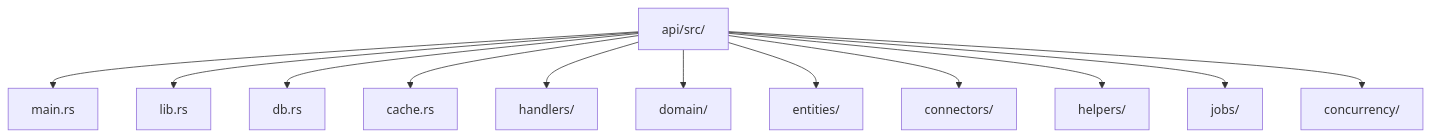
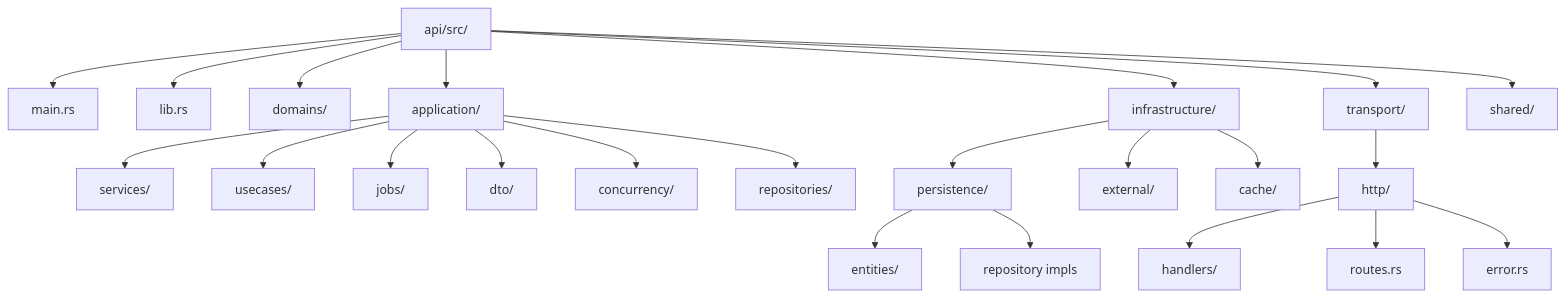
The first of 4 diagrams in docs/architecture/01-architecture-design/04-code-structure.md (doitsu2014/crypto-pocket-butler), drawn with Mermaid before and after one commit. The commit also changed other lines of this file and 2 other files, not shown here.

First line of the commit message:
Update architecture docs to reflect Clean Architecture structure (#182)

````diff
--- a/docs/architecture/01-architecture-design/04-code-structure.md
+++ b/docs/architecture/01-architecture-design/04-code-structure.md
@@ -5,27 +5,38 @@
 ```mermaid
 graph TB
     A[api/src/]
     M[main.rs]
     L[lib.rs]
-    D[db.rs]
-    C[cache.rs]
-    H[handlers/]
-    DM[domain/]
-    E[entities/]
-    CN[connectors/]
-    HP[helpers/]
-    J[jobs/]
-    CO[concurrency/]
-    
+    D[domains/]
+    AP[application/]
+    I[infrastructure/]
+    T[transport/]
+    S[shared/]
+
     A --> M
     A --> L
     A --> D
-    A --> C
-    A --> H
-    A --> DM
-    A --> E
-    A --> CN
-    A --> HP
-    A --> J
-    A --> CO
+    A --> AP
+    A --> I
+    A --> T
+    A --> S
+
+    AP --> APS[services/]
+    AP --> APU[usecases/]
+    AP --> APJ[jobs/]
+    AP --> APD[dto/]
+    AP --> APC[concurrency/]
+    AP --> APR[repositories/]
+
+    I --> IP[persistence/]
+    I --> IE[external/]
+    I --> IC[cache/]
+
+    IP --> IPE[entities/]
+    IP --> IPR[repository impls]
+
+    T --> TH[http/]
+    TH --> THH[handlers/]
+    TH --> THR[routes.rs]
+    TH --> THE[error.rs]
 ```
````
